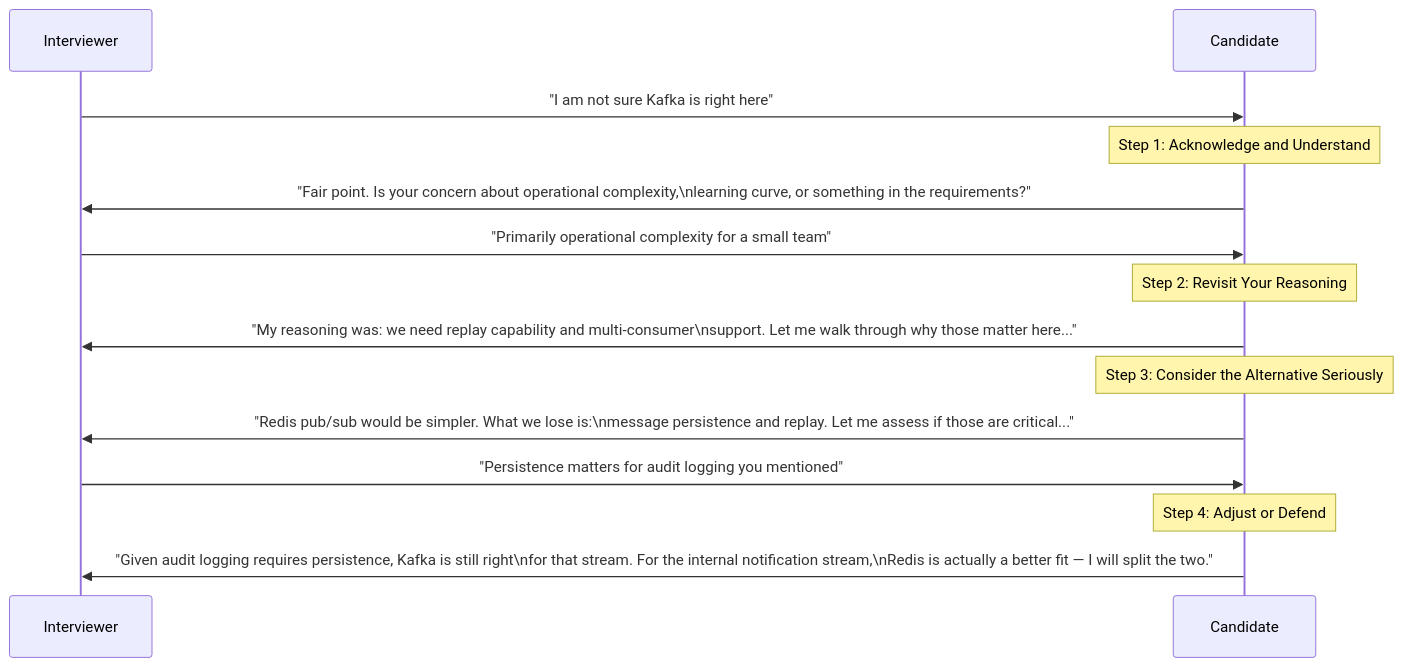
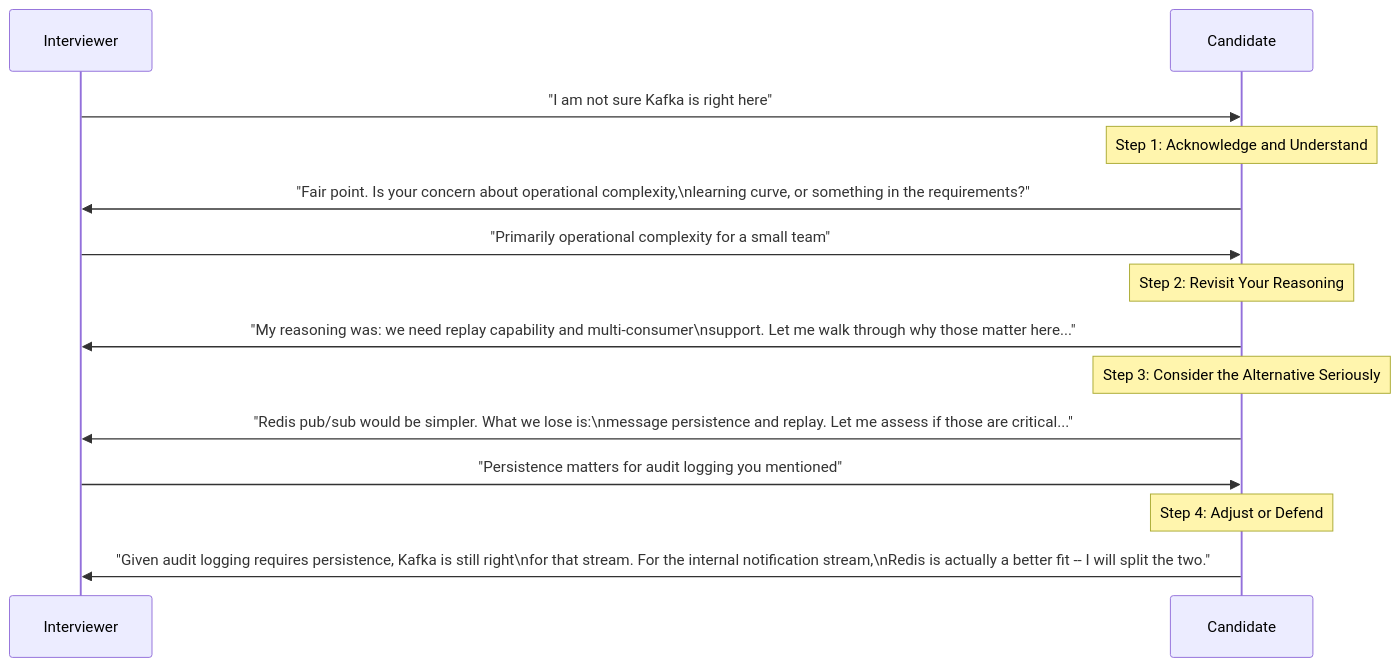
One commit to ranjeetnegi/System-Design-for-Staff-SWE changed the ninth of 14 diagrams in Section1/Chapter_11_Trade_offs_Constraints_and_Decision_Making.md. Above: the diagram before and after it, drawn with Mermaid. The commit also changed other lines of this file and 11 other files, not shown here.

````diff
--- a/Section1/Chapter_11_Trade_offs_Constraints_and_Decision_Making.md
+++ b/Section1/Chapter_11_Trade_offs_Constraints_and_Decision_Making.md
@@ -1177,23 +1177,23 @@
 ```mermaid
 sequenceDiagram
     participant I as Interviewer
     participant C as Candidate
     
     I->>C: "I am not sure Kafka is right here"
     
     Note over C: Step 1: Acknowledge and Understand
     C->>I: "Fair point. Is your concern about operational complexity,\nlearning curve, or something in the requirements?"
     
     I->>C: "Primarily operational complexity for a small team"
     
     Note over C: Step 2: Revisit Your Reasoning
     C->>I: "My reasoning was: we need replay capability and multi-consumer\nsupport. Let me walk through why those matter here..."
     
     Note over C: Step 3: Consider the Alternative Seriously
     C->>I: "Redis pub/sub would be simpler. What we lose is:\nmessage persistence and replay. Let me assess if those are critical..."
     
     I->>C: "Persistence matters for audit logging you mentioned"
     
     Note over C: Step 4: Adjust or Defend
-    C->>I: "Given audit logging requires persistence, Kafka is still right\nfor that stream. For the internal notification stream,\nRedis is actually a better fit — I will split the two."
+    C->>I: "Given audit logging requires persistence, Kafka is still right\nfor that stream. For the internal notification stream,\nRedis is actually a better fit -- I will split the two."
 ```
````
